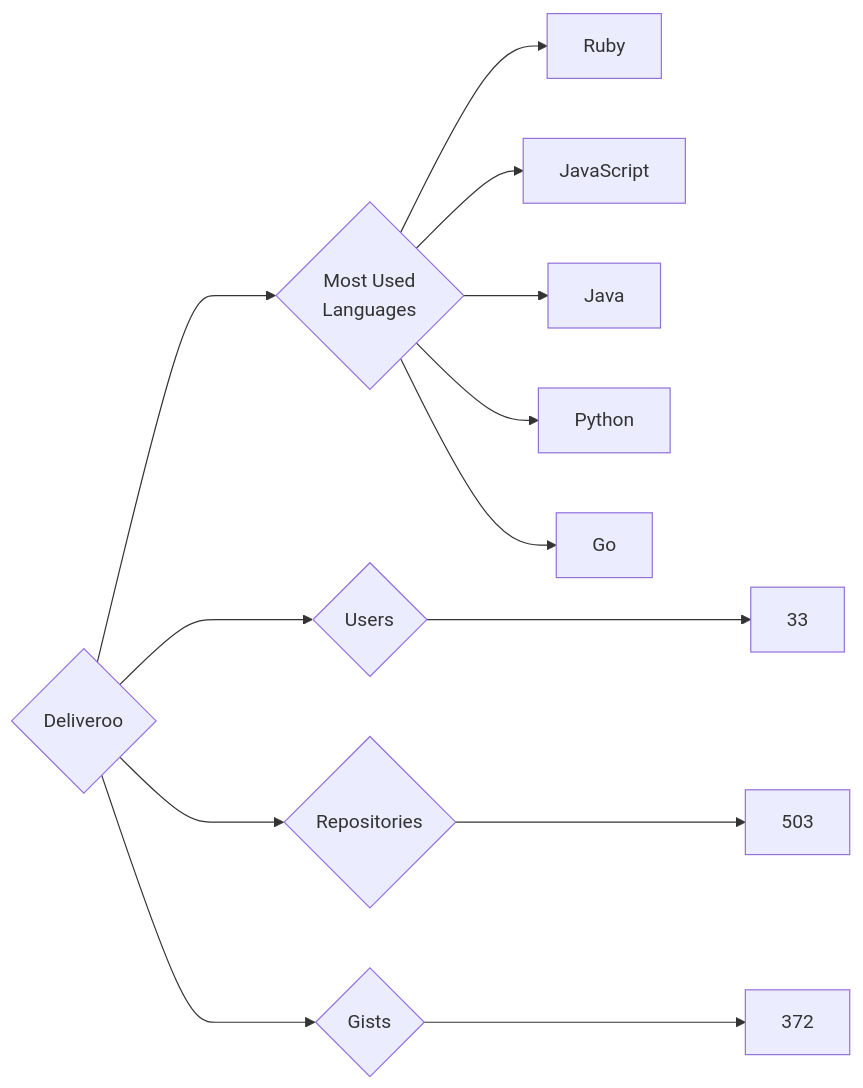
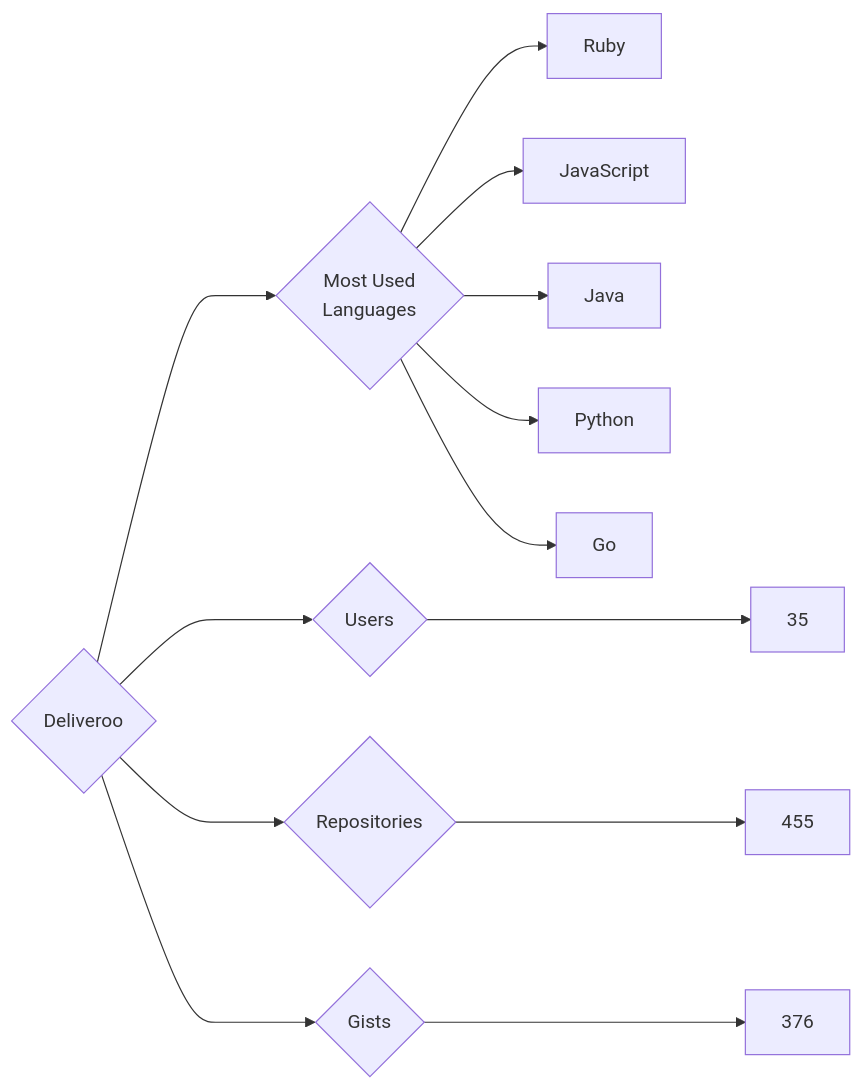
Before and after one commit to trickest/insiders: the diagram in targets/Deliveroo/README.md, drawn with Mermaid. The commit also changed 965 other files, not shown here.

````diff
--- a/targets/Deliveroo/README.md
+++ b/targets/Deliveroo/README.md
@@ -3,13 +3,13 @@
 ```mermaid
 graph LR
 COMPANY_NAME{Deliveroo}
-COMPANY_NAME ---> U{Users} ---> UN[33]
-COMPANY_NAME ---> R{Repositories} ---> RN[503]
-COMPANY_NAME ---> G{Gists} ---> GN[372]
+COMPANY_NAME ---> U{Users} ---> UN[35]
+COMPANY_NAME ---> R{Repositories} ---> RN[455]
+COMPANY_NAME ---> G{Gists} ---> GN[376]
 COMPANY_NAME ---> ML{Most Used<br>Languages}
 ML --> Ruby[Ruby]
 ML --> JavaScript[JavaScript]
 ML --> Java[Java]
 ML --> Python[Python]
 ML --> Go[Go]
 ```
````
